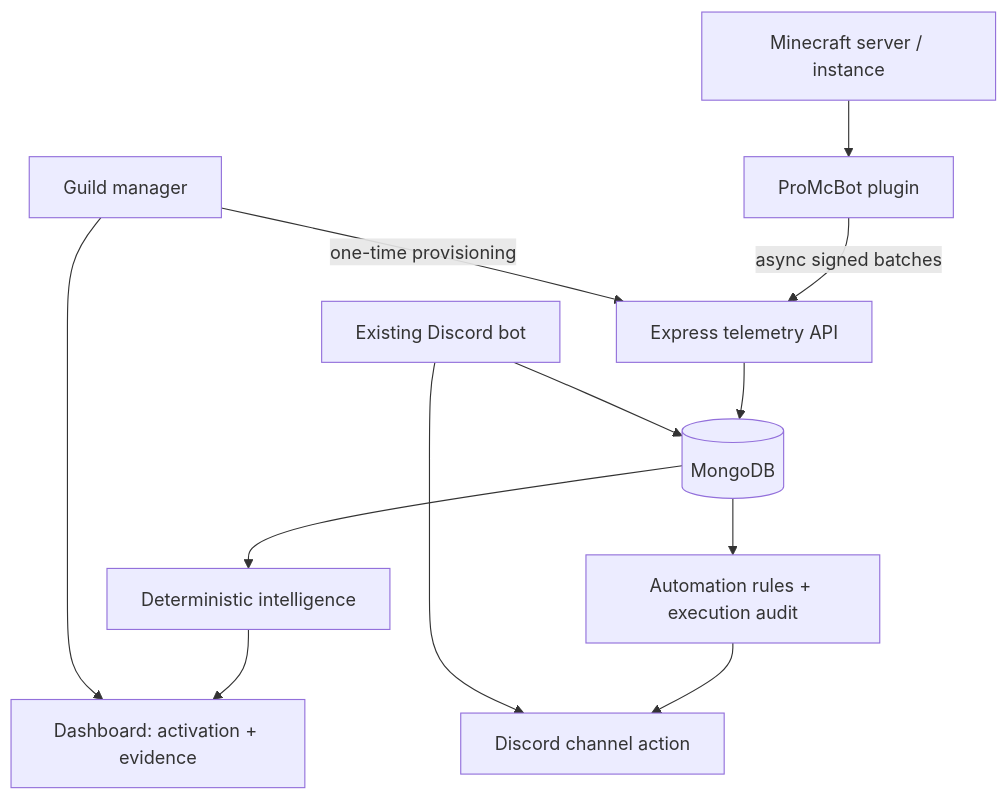
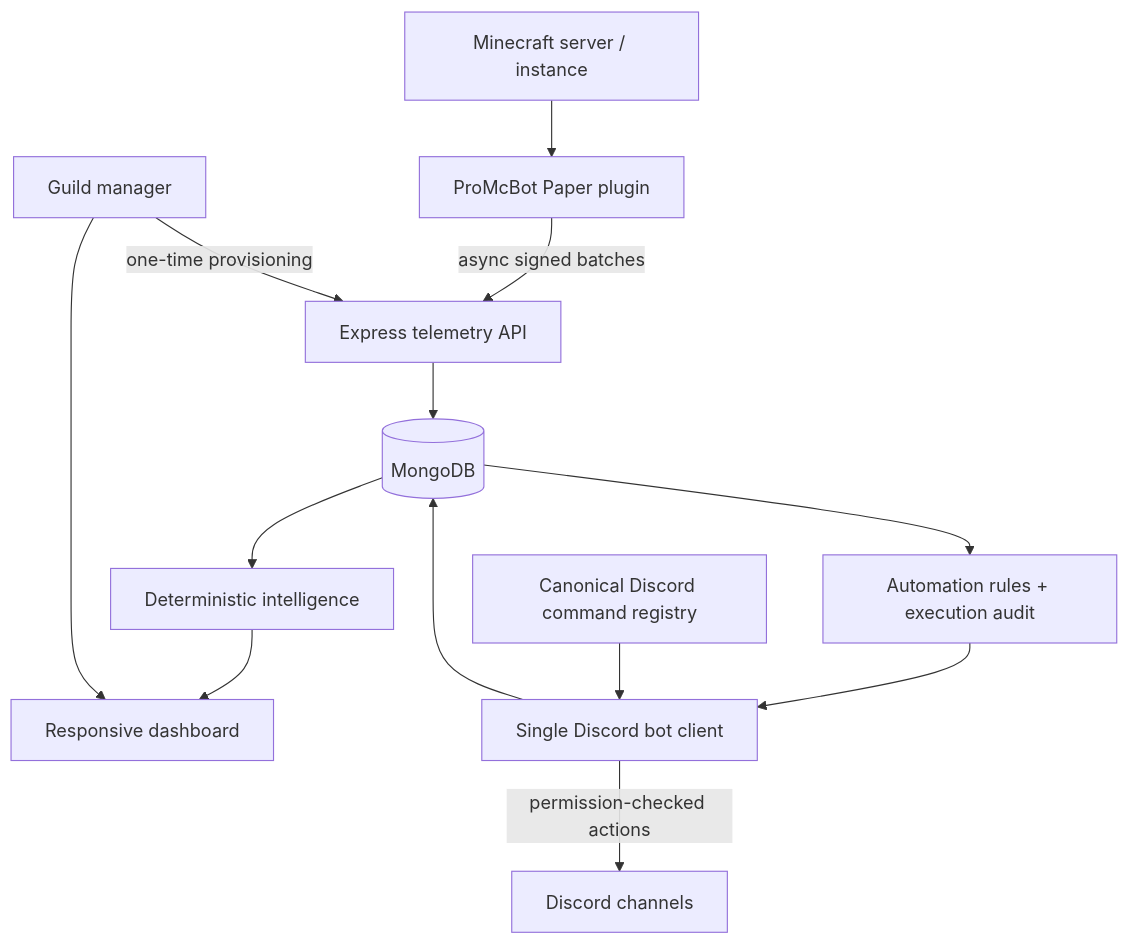
Before and after one commit to 1Dmar/Mybott: the diagram in docs/ARCHITECTURE.md, drawn with Mermaid. The commit also changed other lines of this file and 46 other files, not shown here.

Commit message:
fix canonical commands dashboard and runtime safety

````diff
--- a/docs/ARCHITECTURE.md
+++ b/docs/ARCHITECTURE.md
@@ -5,14 +5,15 @@
 ```mermaid
 flowchart TD
-  MC[Minecraft server / instance] --> P[ProMcBot plugin]
+  MC[Minecraft server / instance] --> P[ProMcBot Paper plugin]
   P -->|async signed batches| API[Express telemetry API]
   API --> DB[(MongoDB)]
   DB --> I[Deterministic intelligence]
   DB --> A[Automation rules + execution audit]
-  I --> D[Dashboard: activation + evidence]
-  A --> DC[Discord channel action]
-  Bot[Existing Discord bot] --> DB
-  Bot --> DC
+  I --> D[Responsive dashboard]
+  A --> DC[Single Discord bot client]
+  Bot[Canonical Discord command registry] --> DC
+  DC --> DB
+  DC -->|permission-checked actions| Discord[Discord channels]
   Admin[Guild manager] --> D
   Admin -->|one-time provisioning| API
 ```
````
